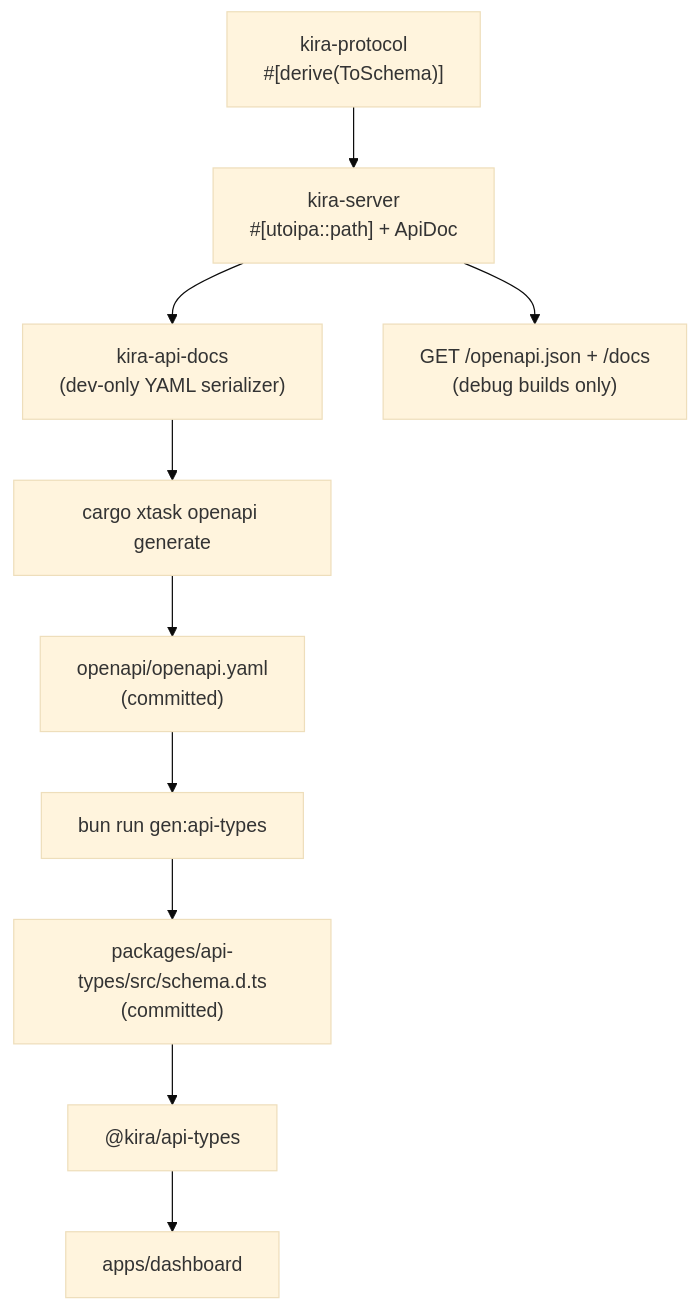
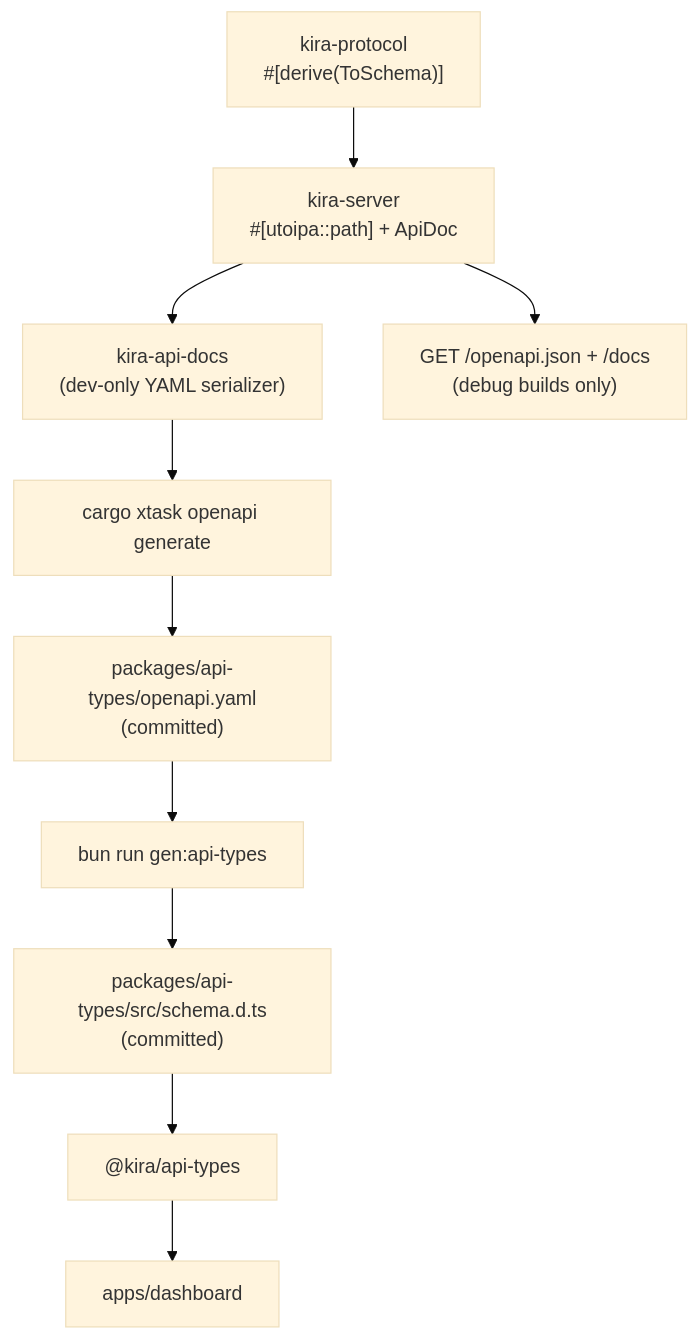
The diagram in docs/API.md (merzen-sh/kira), drawn with Mermaid (base theme) before and after one commit. The commit also changed other lines of this file and 7 other files, not shown here.

First line of the commit message:
build(api-types): move OpenAPI contract into packages/api-types (#49)

````diff
--- a/docs/API.md
+++ b/docs/API.md
@@ -157,12 +157,12 @@
 ```mermaid
 flowchart TD
     SRV["kira-server<br/>#[utoipa::path] + ApiDoc"] --> DOC
     DTO["kira-protocol<br/>#[derive(ToSchema)]"] --> SRV
     SRV --> LIVE["GET /openapi.json + /docs<br/>(debug builds only)"]
     DOC["kira-api-docs<br/>(dev-only YAML serializer)"] --> XT
     XT["cargo xtask openapi generate"] --> YAML
-    YAML["openapi/openapi.yaml<br/>(committed)"] --> GEN
+    YAML["packages/api-types/openapi.yaml<br/>(committed)"] --> GEN
     GEN["bun run gen:api-types"] --> DTS
     DTS["packages/api-types/src/schema.d.ts<br/>(committed)"] --> PKG
     PKG["@kira/api-types"] --> DASH["apps/dashboard"]
 ```
````
